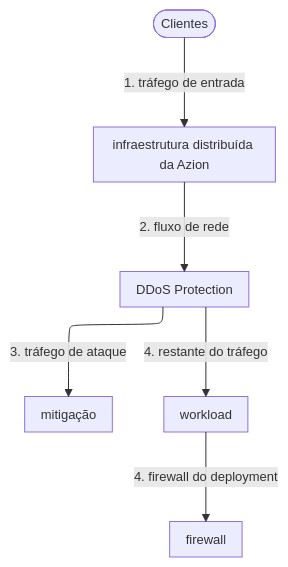
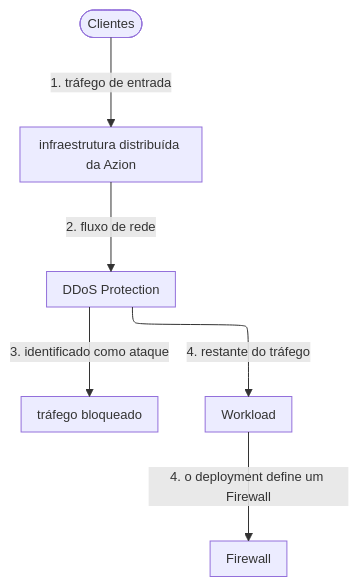
Before and after one commit to aziontech/docs: the fifth of 5 diagrams in apps/docs/src/content/docs/pt-br/pages/secure/workloads/como-funciona.mdx, drawn with Mermaid. The commit also changed other lines of this file and 1 other file, not shown here.

````diff
--- a/apps/docs/src/content/docs/pt-br/pages/secure/workloads/como-funciona.mdx
+++ b/apps/docs/src/content/docs/pt-br/pages/secure/workloads/como-funciona.mdx
@@ -283,15 +296,15 @@
 ```mermaid
 %%{init: {"layout": "elk", "elk": {"preset": "modelOrder", "keepEntryNodeOnTop": true}, "themeVariables": {"fontSize": "13px"}, "flowchart": {"nodeSpacing": 24, "rankSpacing": 36, "padding": 8, "wrappingWidth": 150, "useMaxWidth": true}, "sequence": {"width": 120, "actorMargin": 30, "useMaxWidth": true}}}%%
 flowchart TD
   Clients(["Clientes"])
   Infra["infraestrutura distribuída da Azion"]
   DDoS["DDoS Protection"]
-  Mit["mitigação"]
-  WL["workload"]
-  FW["firewall"]
+  Mit["tráfego bloqueado"]
+  WL["Workload"]
+  FW["Firewall"]
   Clients -->|"1. tráfego de entrada"| Infra
   Infra -->|"2. fluxo de rede"| DDoS
-  DDoS -->|"3. tráfego de ataque"| Mit
+  DDoS -->|"3. identificado como ataque"| Mit
   DDoS -->|"4. restante do tráfego"| WL
-  WL -->|"4. firewall do deployment"| FW
+  WL -->|"4. o deployment define um Firewall"| FW
 ```
````
